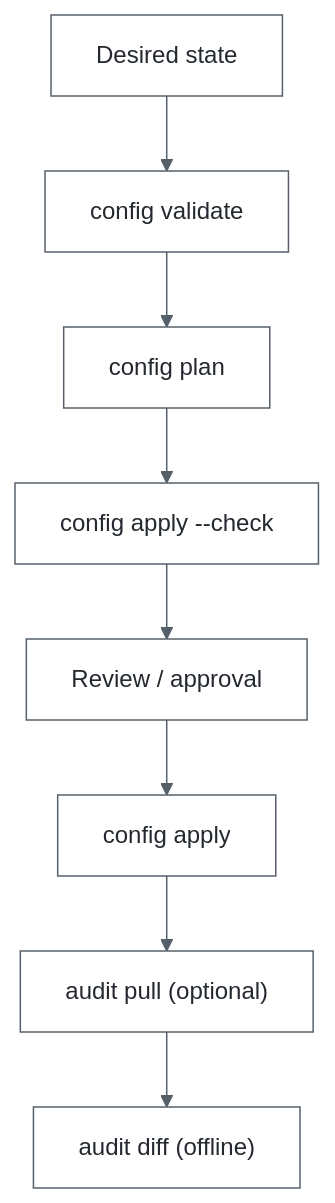
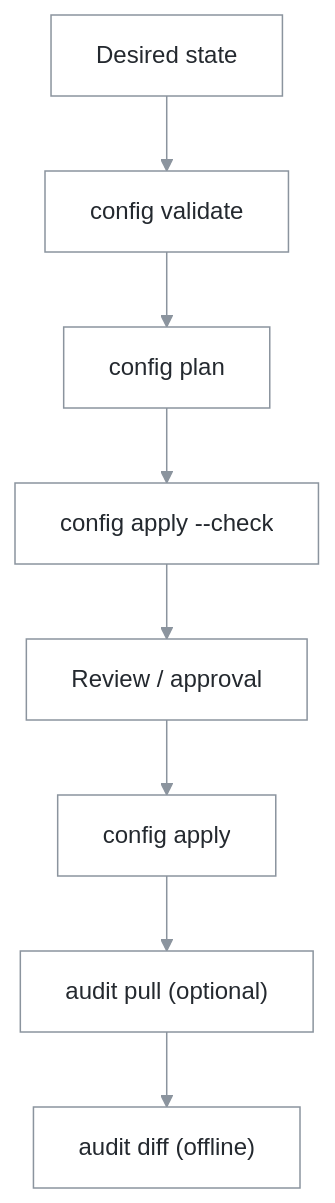
One commit to orang-gaboets/octostate changed the diagram in docs/assets/diagrams/gitops-flow.mmd. Above: the diagram before and after it, drawn with Mermaid. The commit also changed 2 other files, not shown here.

Commit message:
fix(docs): make GitOps diagram theme neutral

```diff
--- a/docs/assets/diagrams/gitops-flow.mmd
+++ b/docs/assets/diagrams/gitops-flow.mmd
@@ -1,9 +1,10 @@
-%%{init: {"theme":"base","fontFamily":"Arial, Helvetica, sans-serif","themeVariables":{"background":"#f6f8fa","primaryColor":"#ffffff","primaryTextColor":"#24292f","primaryBorderColor":"#57606a","lineColor":"#57606a"}}}%%
+%%{init: {"theme":"base","fontFamily":"Arial, Helvetica, sans-serif","themeVariables":{"background":"transparent","primaryColor":"#ffffff","primaryTextColor":"#24292f","primaryBorderColor":"#8b949e","lineColor":"#8b949e"}}}%%
+%% Keep the vertical layout so labels remain legible at narrow README widths. %%
 flowchart TB
     desired["Desired state"] --> validate["config validate"]
     validate --> plan["config plan"]
     plan --> check["config apply --check"]
     check --> review["Review / approval"]
     review --> apply["config apply"]
     apply --> pull["audit pull (optional)"]
     pull --> diff["audit diff (offline)"]
```
